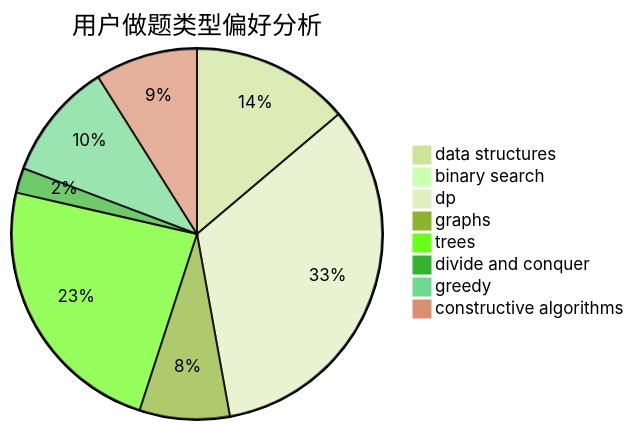
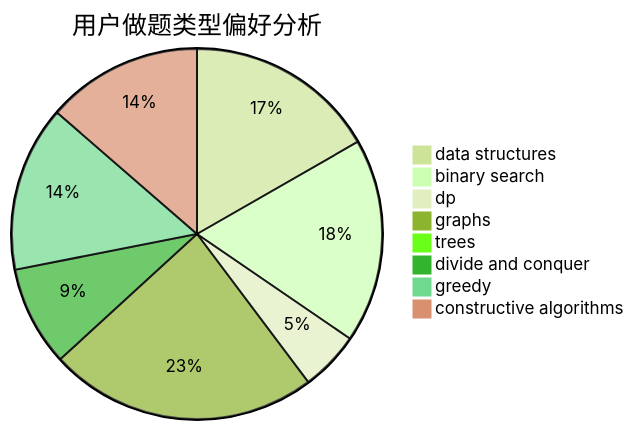
Before and after one commit to sherpahu/cfrs.github.io: the second of 3 diagrams in docs/user/u1306.md, drawn with Mermaid (forest theme). The commit also changed other lines of this file and 2770 other files, not shown here.

````diff
--- a/docs/user/u1306.md
+++ b/docs/user/u1306.md
@@ -23,11 +23,11 @@
 ```mermaid
 pie title 用户做题类型偏好分析
-    "data structures" :  51
-    "binary search" :  3
-    "dp" :  123
-    "graphs" :  29
-    "trees" :  87
-    "divide and conquer" :  8
-    "greedy" :  38
-    "constructive algorithms" :  33
+    "data structures" :  119
+    "binary search" :  127
+    "dp" :  37
+    "graphs" :  167
+    "trees" :  0
+    "divide and conquer" :  62
+    "greedy" :  103
+    "constructive algorithms" :  97
 ```
````
